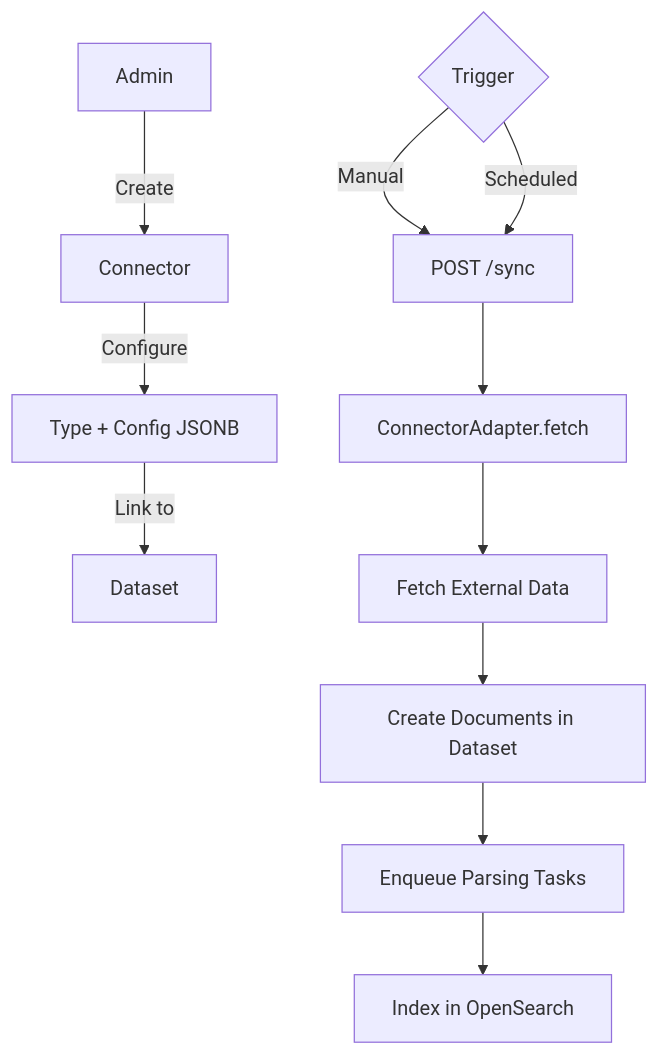
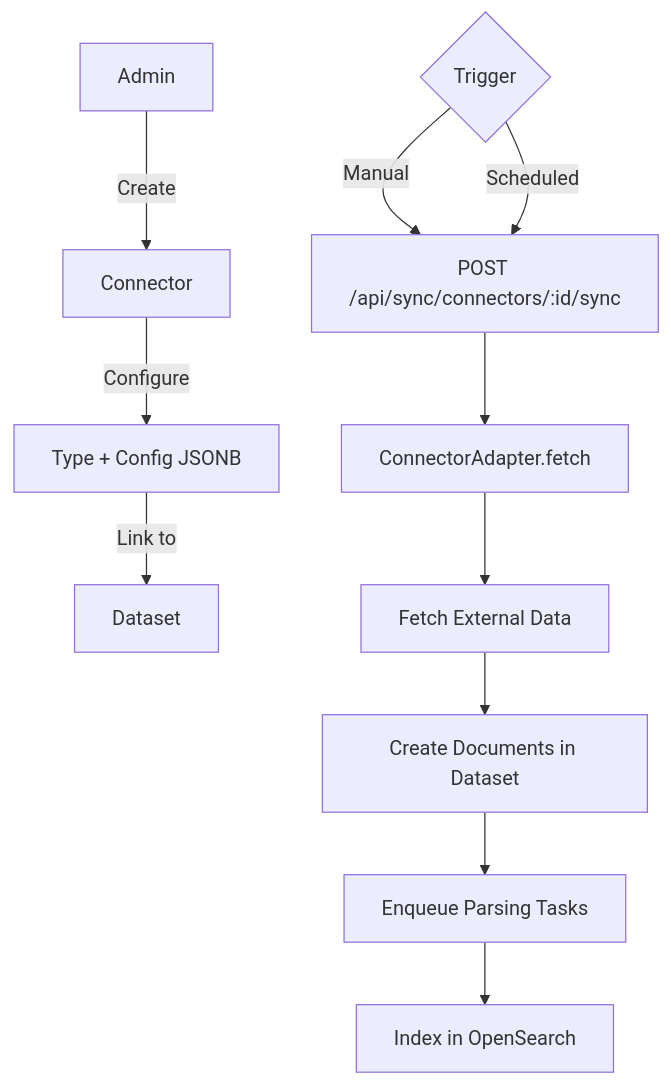
One commit to b-knowledge-solution/b-knowledge changed the first of 3 diagrams in docs/detail-design/supporting/sync-connectors-detail.md. Above: the diagram before and after it, drawn with Mermaid. The commit also changed other lines of this file and 83 other files, not shown here.

````diff
--- a/docs/detail-design/supporting/sync-connectors-detail.md
+++ b/docs/detail-design/supporting/sync-connectors-detail.md
@@ -9,14 +9,14 @@
 ```mermaid
 flowchart TD
     A[Admin] -->|Create| B[Connector]
     B -->|Configure| C[Type + Config JSONB]
     C -->|Link to| D[Dataset]
 
-    E{Trigger} -->|Manual| F[POST /sync]
+    E{Trigger} -->|Manual| F[POST /api/sync/connectors/:id/sync]
     E -->|Scheduled| F
     F --> G[ConnectorAdapter.fetch]
     G --> H[Fetch External Data]
     H --> I[Create Documents in Dataset]
     I --> J[Enqueue Parsing Tasks]
     J --> K[Index in OpenSearch]
 ```
````
